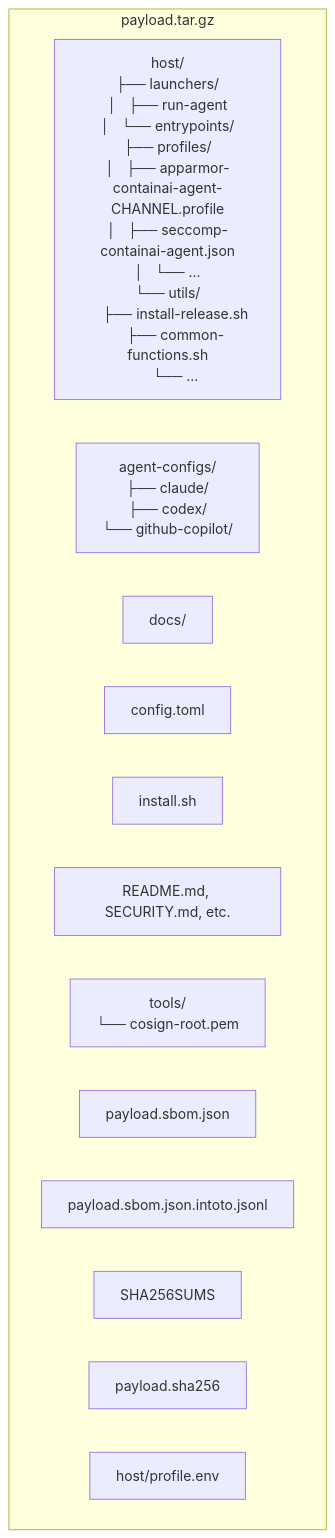
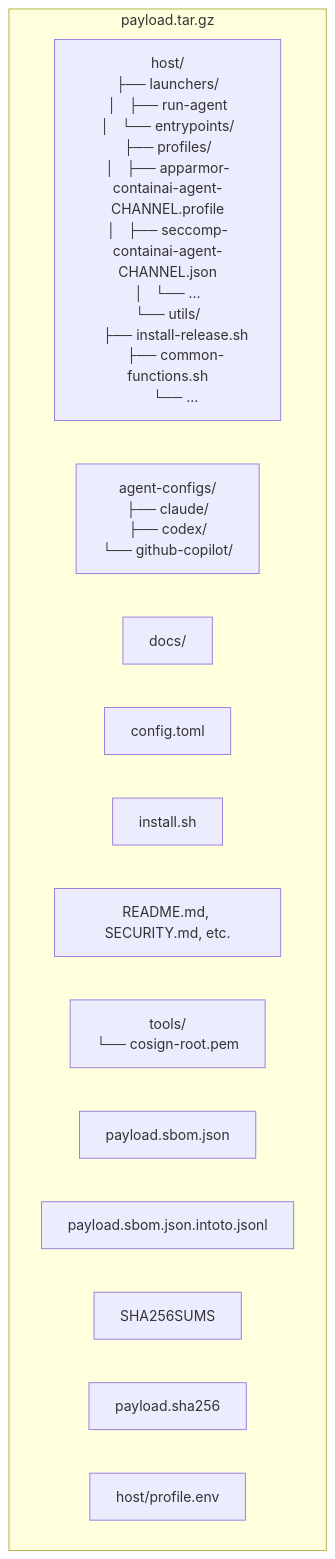
One commit to novotnyllc/ContainAI changed the sixth of 10 diagrams in docs/development/build-architecture.md. Above: the diagram before and after it, drawn with Mermaid. The commit also changed other lines of this file and 13 other files, not shown here.

Commit message:
fix: update security profiles to support channel-specific naming and enhance enforcement mechanisms

````diff
--- a/docs/development/build-architecture.md
+++ b/docs/development/build-architecture.md
@@ -396,21 +396,21 @@
 ```mermaid
 flowchart TB
     subgraph payload["payload.tar.gz"]
-        host["host/<br/>├── launchers/<br/>│   ├── run-agent<br/>│   └── entrypoints/<br/>├── profiles/<br/>│   ├── apparmor-containai-agent-CHANNEL.profile<br/>│   ├── seccomp-containai-agent.json<br/>│   └── ...<br/>└── utils/<br/>    ├── install-release.sh<br/>    ├── common-functions.sh<br/>    └── ..."]
+        host["host/<br/>├── launchers/<br/>│   ├── run-agent<br/>│   └── entrypoints/<br/>├── profiles/<br/>│   ├── apparmor-containai-agent-CHANNEL.profile<br/>│   ├── seccomp-containai-agent-CHANNEL.json<br/>│   └── ...<br/>└── utils/<br/>    ├── install-release.sh<br/>    ├── common-functions.sh<br/>    └── ..."]
         
         agentconfigs["agent-configs/<br/>├── claude/<br/>├── codex/<br/>└── github-copilot/"]
         
         docs["docs/"]
         config["config.toml"]
         install["install.sh"]
         readme["README.md, SECURITY.md, etc."]
         
         tools["tools/<br/>└── cosign-root.pem"]
         
         sbom["payload.sbom.json"]
         sbomattest["payload.sbom.json.intoto.jsonl"]
         sha256sums["SHA256SUMS"]
         payloadsha["payload.sha256"]
         profileenv["host/profile.env"]
     end
 ```
````
